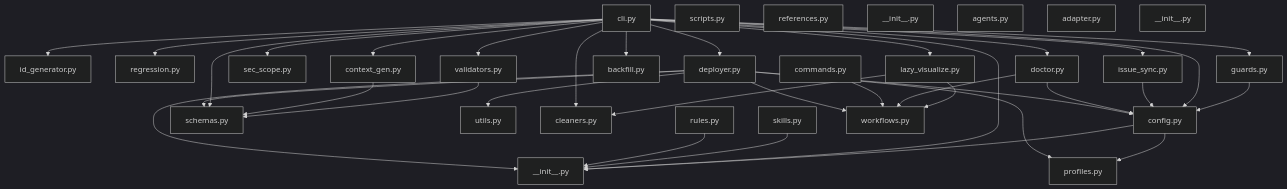
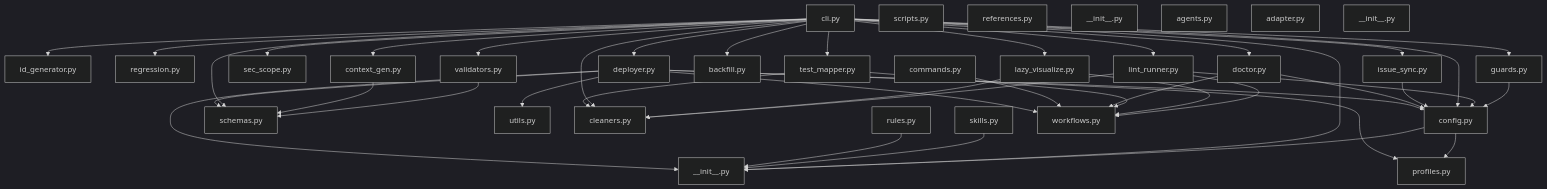
The diagram in docs/architecture/graphs/code_graph.mmd (pactkit/pactkit-src), drawn with Mermaid (dark theme) before and after one commit. The commit also changed 12 other files, not shown here.

First line of the commit message:
feat(cli): add test-map and lint CLI commands (STORY-slim-016)

```diff
--- a/docs/architecture/graphs/code_graph.mmd
+++ b/docs/architecture/graphs/code_graph.mmd
@@ -1,91 +1,102 @@
 graph TD
     src_pactkit_id_generator_py["id_generator.py"]
     click src_pactkit_id_generator_py href "src/pactkit/id_generator.py"
     src_pactkit_regression_py["regression.py"]
     click src_pactkit_regression_py href "src/pactkit/regression.py"
     src_pactkit_config_py["config.py"]
     click src_pactkit_config_py href "src/pactkit/config.py"
     src_pactkit_guards_py["guards.py"]
     click src_pactkit_guards_py href "src/pactkit/guards.py"
     src_pactkit_sec_scope_py["sec_scope.py"]
     click src_pactkit_sec_scope_py href "src/pactkit/sec_scope.py"
+    src_pactkit_lint_runner_py["lint_runner.py"]
+    click src_pactkit_lint_runner_py href "src/pactkit/lint_runner.py"
     src_pactkit_validators_py["validators.py"]
     click src_pactkit_validators_py href "src/pactkit/validators.py"
     src_pactkit___init___py["__init__.py"]
     click src_pactkit___init___py href "src/pactkit/__init__.py"
     src_pactkit_lazy_visualize_py["lazy_visualize.py"]
     click src_pactkit_lazy_visualize_py href "src/pactkit/lazy_visualize.py"
     src_pactkit_context_gen_py["context_gen.py"]
     click src_pactkit_context_gen_py href "src/pactkit/context_gen.py"
     src_pactkit_schemas_py["schemas.py"]
     click src_pactkit_schemas_py href "src/pactkit/schemas.py"
     src_pactkit_cli_py["cli.py"]
     click src_pactkit_cli_py href "src/pactkit/cli.py"
     src_pactkit_backfill_py["backfill.py"]
     click src_pactkit_backfill_py href "src/pactkit/backfill.py"
     src_pactkit_utils_py["utils.py"]
     click src_pactkit_utils_py href "src/pactkit/utils.py"
     src_pactkit_cleaners_py["cleaners.py"]
     click src_pactkit_cleaners_py href "src/pactkit/cleaners.py"
     src_pactkit_scripts_py["scripts.py"]
     click src_pactkit_scripts_py href "src/pactkit/scripts.py"
     src_pactkit_issue_sync_py["issue_sync.py"]
     click src_pactkit_issue_sync_py href "src/pactkit/issue_sync.py"
+    src_pactkit_test_mapper_py["test_mapper.py"]
+    click src_pactkit_test_mapper_py href "src/pactkit/test_mapper.py"
     src_pactkit_doctor_py["doctor.py"]
     click src_pactkit_doctor_py href "src/pactkit/doctor.py"
     src_pactkit_profiles_py["profiles.py"]
     click src_pactkit_profiles_py href "src/pactkit/profiles.py"
     src_pactkit_prompts_skills_py["skills.py"]
     click src_pactkit_prompts_skills_py href "src/pactkit/prompts/skills.py"
     src_pactkit_prompts_references_py["references.py"]
     click src_pactkit_prompts_references_py href "src/pactkit/prompts/references.py"
     src_pactkit_prompts___init___py["__init__.py"]
     click src_pactkit_prompts___init___py href "src/pactkit/prompts/__init__.py"
     src_pactkit_prompts_rules_py["rules.py"]
     click src_pactkit_prompts_rules_py href "src/pactkit/prompts/rules.py"
     src_pactkit_prompts_agents_py["agents.py"]
     click src_pactkit_prompts_agents_py href "src/pactkit/prompts/agents.py"
     src_pactkit_prompts_workflows_py["workflows.py"]
     click src_pactkit_prompts_workflows_py href "src/pactkit/prompts/workflows.py"
     src_pactkit_prompts_commands_py["commands.py"]
     click src_pactkit_prompts_commands_py href "src/pactkit/prompts/commands.py"
     src_pactkit_generators_deployer_py["deployer.py"]
     click src_pactkit_generators_deployer_py href "src/pactkit/generators/deployer.py"
     src_pactkit_generators_adapter_py["adapter.py"]
     click src_pactkit_generators_adapter_py href "src/pactkit/generators/adapter.py"
     src_pactkit_generators___init___py["__init__.py"]
     click src_pactkit_generators___init___py href "src/pactkit/generators/__init__.py"
     src_pactkit_config_py --> src_pactkit___init___py
     src_pactkit_config_py --> src_pactkit_profiles_py
     src_pactkit_guards_py --> src_pactkit_config_py
+    src_pactkit_lint_runner_py --> src_pactkit_cleaners_py
+    src_pactkit_lint_runner_py --> src_pactkit_prompts_workflows_py
+    src_pactkit_lint_runner_py --> src_pactkit_config_py
     src_pactkit_validators_py --> src_pactkit_schemas_py
     src_pactkit_lazy_visualize_py --> src_pactkit_cleaners_py
     src_pactkit_lazy_visualize_py --> src_pactkit_prompts_workflows_py
     src_pactkit_context_gen_py --> src_pactkit_schemas_py
     src_pactkit_cli_py --> src_pactkit___init___py
     src_pactkit_cli_py --> src_pactkit_schemas_py
     src_pactkit_cli_py --> src_pactkit_generators_deployer_py
     src_pactkit_cli_py --> src_pactkit_guards_py
     src_pactkit_cli_py --> src_pactkit_config_py
     src_pactkit_cli_py --> src_pactkit_id_generator_py
     src_pactkit_cli_py --> src_pactkit_cleaners_py
     src_pactkit_cli_py --> src_pactkit_regression_py
     src_pactkit_cli_py --> src_pactkit_context_gen_py
     src_pactkit_cli_py --> src_pactkit_sec_scope_py
     src_pactkit_cli_py --> src_pactkit_validators_py
     src_pactkit_cli_py --> src_pactkit_lazy_visualize_py
     src_pactkit_cli_py --> src_pactkit_doctor_py
     src_pactkit_cli_py --> src_pactkit_backfill_py
     src_pactkit_cli_py --> src_pactkit_issue_sync_py
+    src_pactkit_cli_py --> src_pactkit_test_mapper_py
+    src_pactkit_cli_py --> src_pactkit_lint_runner_py
     src_pactkit_issue_sync_py --> src_pactkit_config_py
+    src_pactkit_test_mapper_py --> src_pactkit_cleaners_py
+    src_pactkit_test_mapper_py --> src_pactkit_prompts_workflows_py
     src_pactkit_doctor_py --> src_pactkit_config_py
     src_pactkit_doctor_py --> src_pactkit_prompts_workflows_py
     src_pactkit_prompts_skills_py --> src_pactkit___init___py
     src_pactkit_prompts_rules_py --> src_pactkit___init___py
     src_pactkit_prompts_commands_py --> src_pactkit_prompts_workflows_py
     src_pactkit_generators_deployer_py --> src_pactkit___init___py
     src_pactkit_generators_deployer_py --> src_pactkit_config_py
     src_pactkit_generators_deployer_py --> src_pactkit_profiles_py
     src_pactkit_generators_deployer_py --> src_pactkit_utils_py
     src_pactkit_generators_deployer_py --> src_pactkit_schemas_py
     src_pactkit_generators_deployer_py --> src_pactkit_prompts_workflows_py
```
